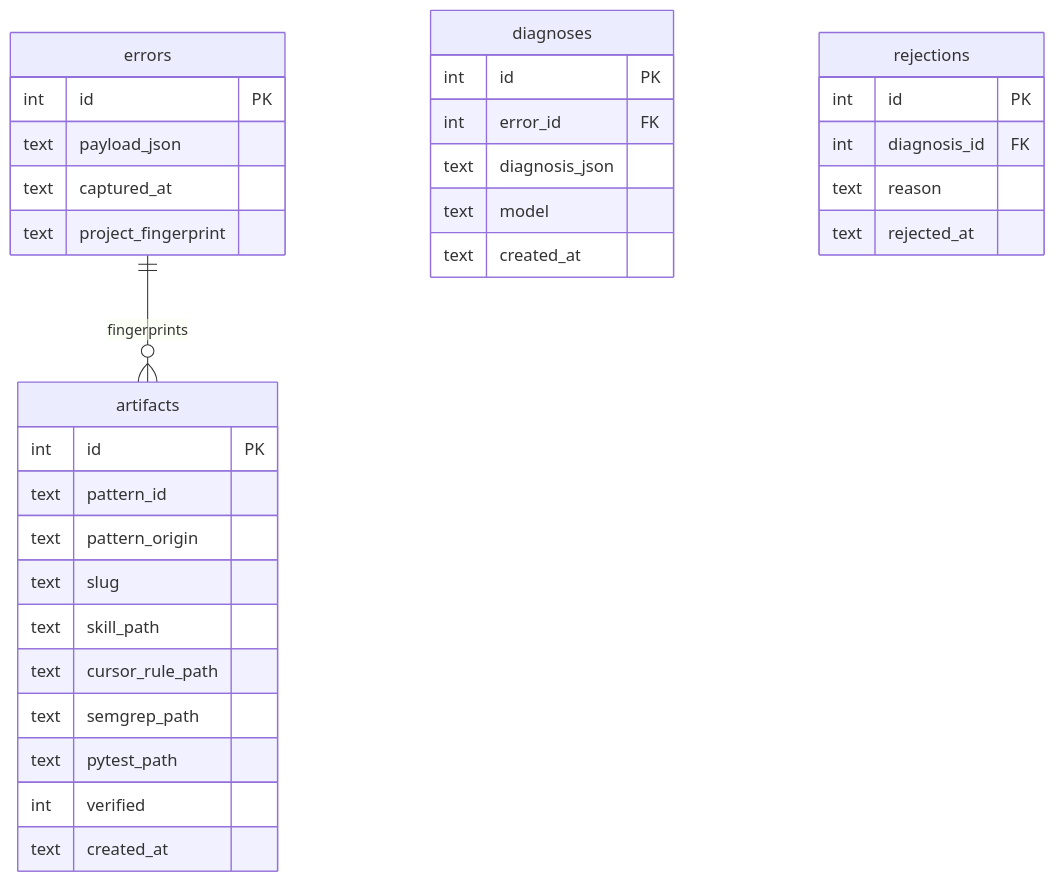
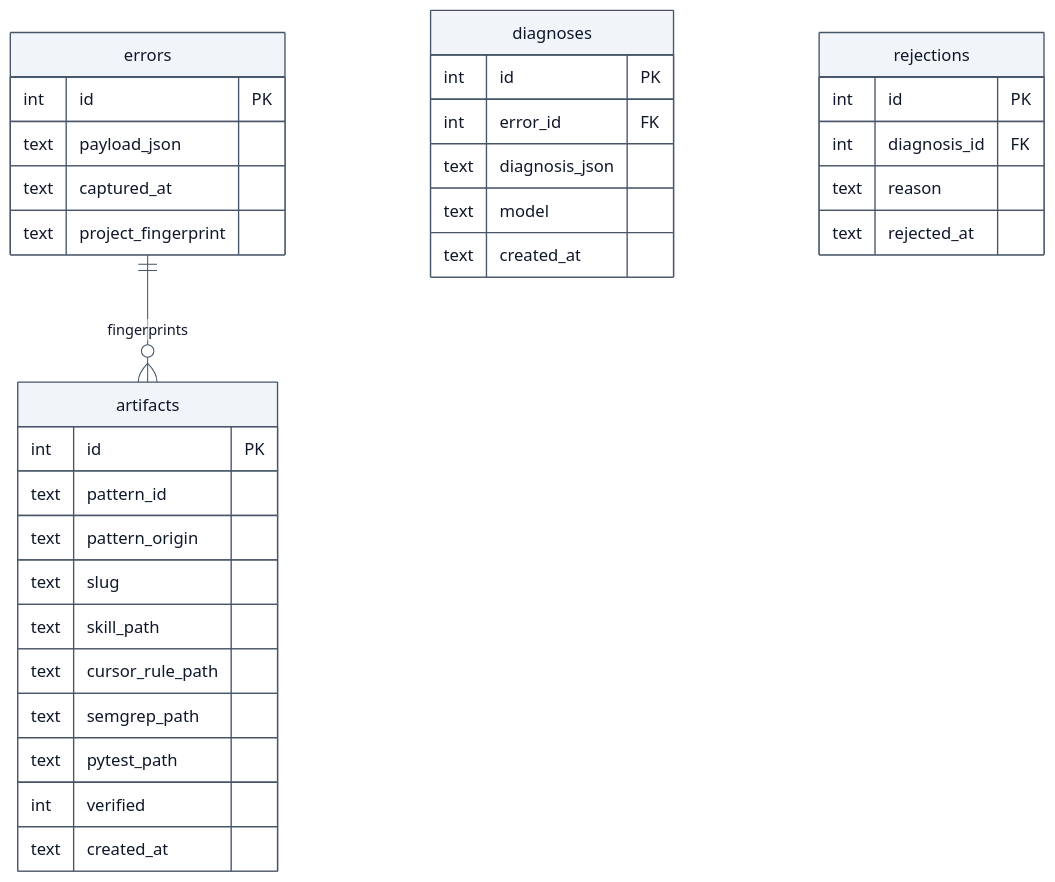
Diagram 13 of 14 in README.md (viditkbhatnagar/immunize), drawn with Mermaid before and after one commit. The commit also changed other lines of this file, not shown here.

First line of the commit message:
Redesign README mermaid diagrams with corporate styling

````diff
--- a/README.md
+++ b/README.md
@@ -701,35 +770,36 @@
 ```mermaid
+%%{init: {'theme':'base', 'themeVariables': {'fontFamily':'Inter, system-ui, -apple-system, sans-serif', 'lineColor':'#475569', 'primaryColor':'#f1f5f9', 'primaryBorderColor':'#475569', 'primaryTextColor':'#0f172a'}}}%%
 erDiagram
     errors ||--o{ artifacts : "fingerprints"
     errors {
         int id PK
         text payload_json
         text captured_at
         text project_fingerprint
     }
     artifacts {
         int id PK
         text pattern_id
         text pattern_origin
         text slug
         text skill_path
         text cursor_rule_path
         text semgrep_path
         text pytest_path
         int verified
         text created_at
     }
     diagnoses {
         int id PK
         int error_id FK
         text diagnosis_json
         text model
         text created_at
     }
     rejections {
         int id PK
         int diagnosis_id FK
         text reason
         text rejected_at
     }
 ```
````
